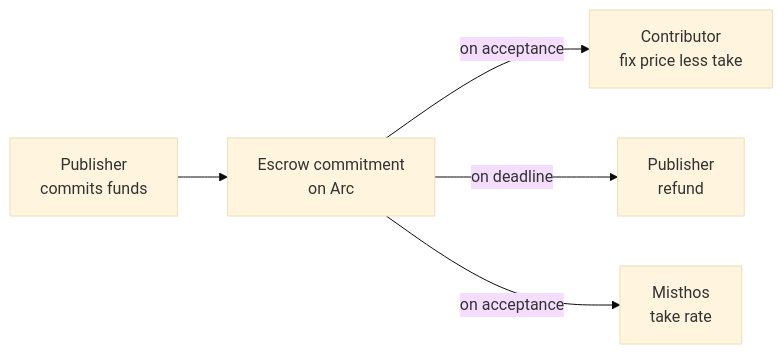
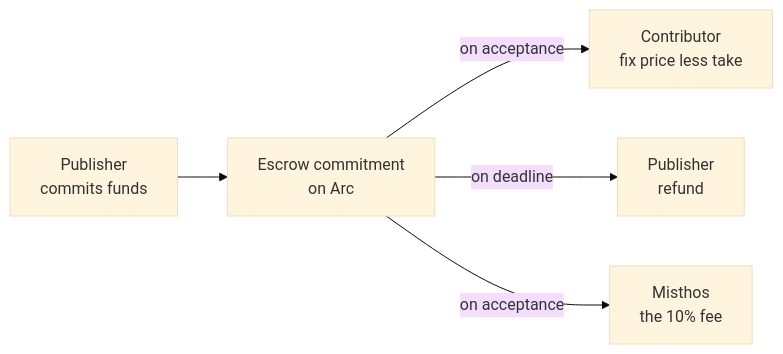
Before and after one commit to alienvisitor8675-bit/hackathon-circle-misthos: the fifth of 5 diagrams in docs/misthos/05-how-it-works.md, drawn with Mermaid (base theme). The commit also changed other lines of this file and 56 other files, not shown here.

````diff
--- a/docs/misthos/05-how-it-works.md
+++ b/docs/misthos/05-how-it-works.md
@@ -173,7 +177,7 @@
 ```mermaid
 flowchart LR
     P["Publisher<br/>commits funds"] --> E["Escrow commitment<br/>on Arc"]
     E -->|"on acceptance"| C["Contributor<br/>fix price less take"]
     E -->|"on deadline"| P2["Publisher<br/>refund"]
-    E -->|"on acceptance"| F["Misthos<br/>take rate"]
+    E -->|"on acceptance"| F["Misthos<br/>the 10% fee"]
 ```
````
